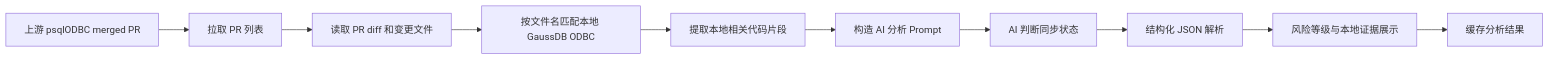
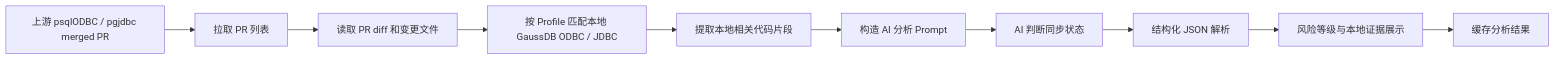
One commit to jarvis24young/gaussdb-pr-tracker changed the diagram in docs/ai-assisted-gaussdb-driver-pr-tracker-wiki.md. Above: the diagram before and after it, drawn with Mermaid. The commit also changed other lines of this file and 5 other files, not shown here.

````diff
--- a/docs/ai-assisted-gaussdb-driver-pr-tracker-wiki.md
+++ b/docs/ai-assisted-gaussdb-driver-pr-tracker-wiki.md
@@ -195,12 +195,12 @@
 ```mermaid
 flowchart LR
-    A[上游 psqlODBC merged PR] --> B[拉取 PR 列表]
+    A[上游 psqlODBC / pgjdbc merged PR] --> B[拉取 PR 列表]
     B --> C[读取 PR diff 和变更文件]
-    C --> D[按文件名匹配本地 GaussDB ODBC]
+    C --> D[按 Profile 匹配本地 GaussDB ODBC / JDBC]
     D --> E[提取本地相关代码片段]
     E --> F[构造 AI 分析 Prompt]
     F --> G[AI 判断同步状态]
     G --> H[结构化 JSON 解析]
     H --> I[风险等级与本地证据展示]
     I --> J[缓存分析结果]
 ```
````
